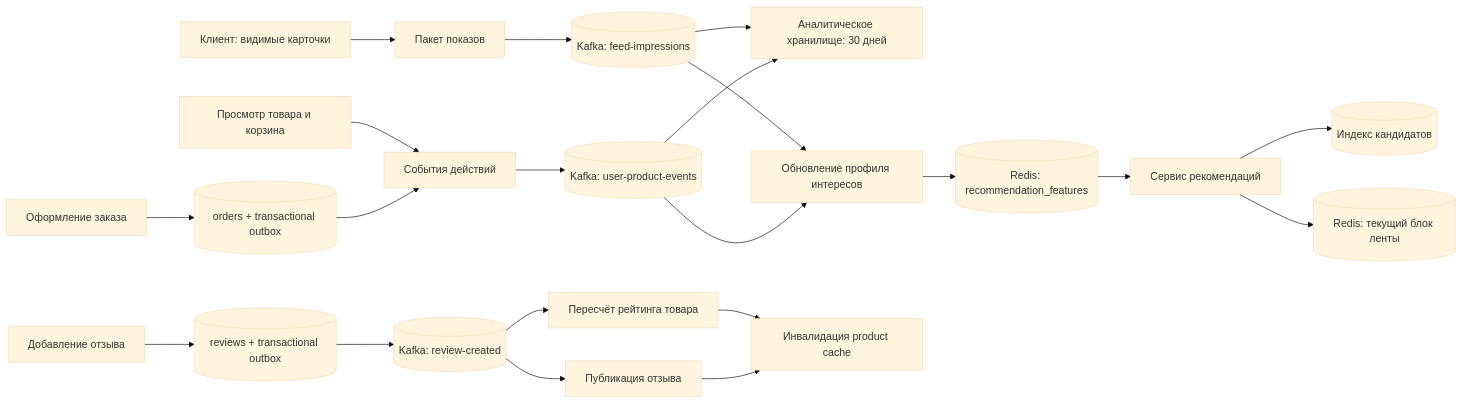
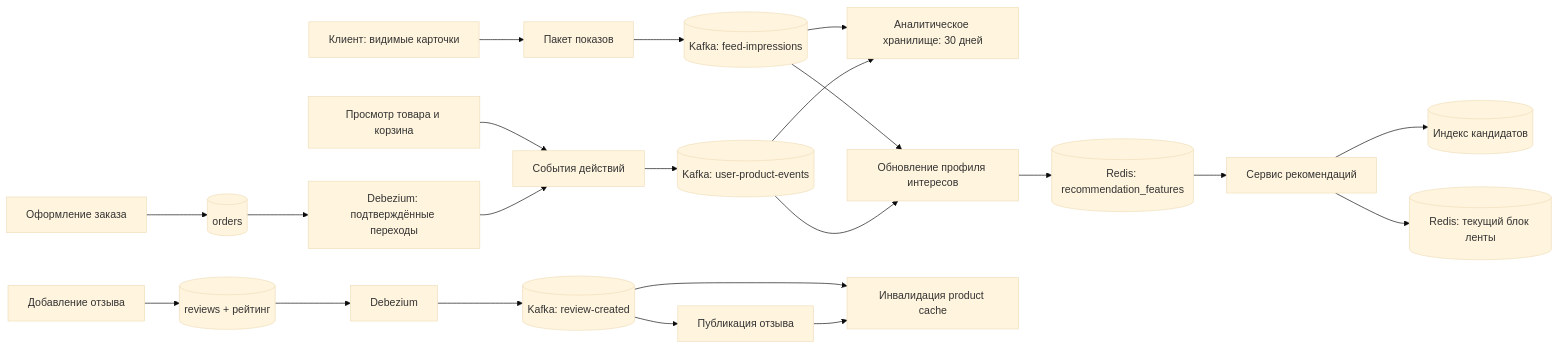
One commit to amklimenkov752/tp_highload_2026 changed the fourth of 9 diagrams in README.md. Above: the diagram before and after it, drawn with Mermaid (base theme). The commit also changed other lines of this file, not shown here.

````diff
--- a/README.md
+++ b/README.md
@@ -828,24 +830,25 @@
 ```mermaid
 flowchart LR
     UI[Клиент: видимые карточки] --> TE[Пакет показов]
     A[Просмотр товара и корзина] --> UE[События действий]
-    O[Оформление заказа] --> OB[(orders + transactional outbox)]
-    OB --> UE
+    O[Оформление заказа] --> OB[(orders)]
+    OB --> CDC[Debezium: подтверждённые переходы]
+    CDC --> UE
     TE --> E[(Kafka: feed-impressions)]
     UE --> EV[(Kafka: user-product-events)]
     E --> AN[Аналитическое хранилище: 30 дней]
     EV --> AN
     E --> FC[Обновление профиля интересов]
     EV --> FC
     FC --> KV[(Redis: recommendation_features)]
     KV --> RS[Сервис рекомендаций]
     RS --> FI[(Индекс кандидатов)]
     RS --> FE[(Redis: текущий блок ленты)]
 
-    R[Добавление отзыва] --> DB[(reviews + transactional outbox)]
-    DB --> RE[(Kafka: review-created)]
-    RE --> RC[Пересчёт рейтинга товара]
+    R[Добавление отзыва] --> DB[(reviews + рейтинг)]
+    DB --> RCDC[Debezium]
+    RCDC --> RE[(Kafka: review-created)]
     RE --> RP[Публикация отзыва]
-    RC --> PC[Инвалидация product cache]
+    RE --> PC[Инвалидация product cache]
     RP --> PC
 ```
````
